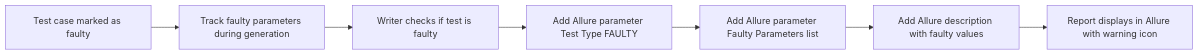
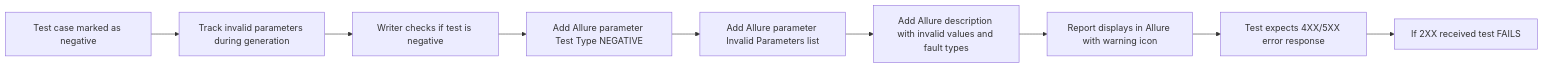
One commit to miaoti/Rest changed the fifth of 9 diagrams in src/main/resources/My-Example/trainticket/flow.md. Above: the diagram before and after it, drawn with Mermaid. The commit also changed other lines of this file and 55 other files, not shown here.

````diff
--- a/src/main/resources/My-Example/trainticket/flow.md
+++ b/src/main/resources/My-Example/trainticket/flow.md
@@ -148,9 +190,11 @@
 ```mermaid
 flowchart LR
-    A[Test case marked as faulty] --> B[Track faulty parameters during generation]
-    B --> C[Writer checks if test is faulty]
-    C --> D[Add Allure parameter Test Type FAULTY]
-    D --> E[Add Allure parameter Faulty Parameters list]
-    E --> F[Add Allure description with faulty values]
+    A[Test case marked as negative] --> B[Track invalid parameters during generation]
+    B --> C[Writer checks if test is negative]
+    C --> D[Add Allure parameter Test Type NEGATIVE]
+    D --> E[Add Allure parameter Invalid Parameters list]
+    E --> F[Add Allure description with invalid values and fault types]
     F --> G[Report displays in Allure with warning icon]
+    G --> H[Test expects 4XX/5XX error response]
+    H --> I[If 2XX received test FAILS]
 ```
````
